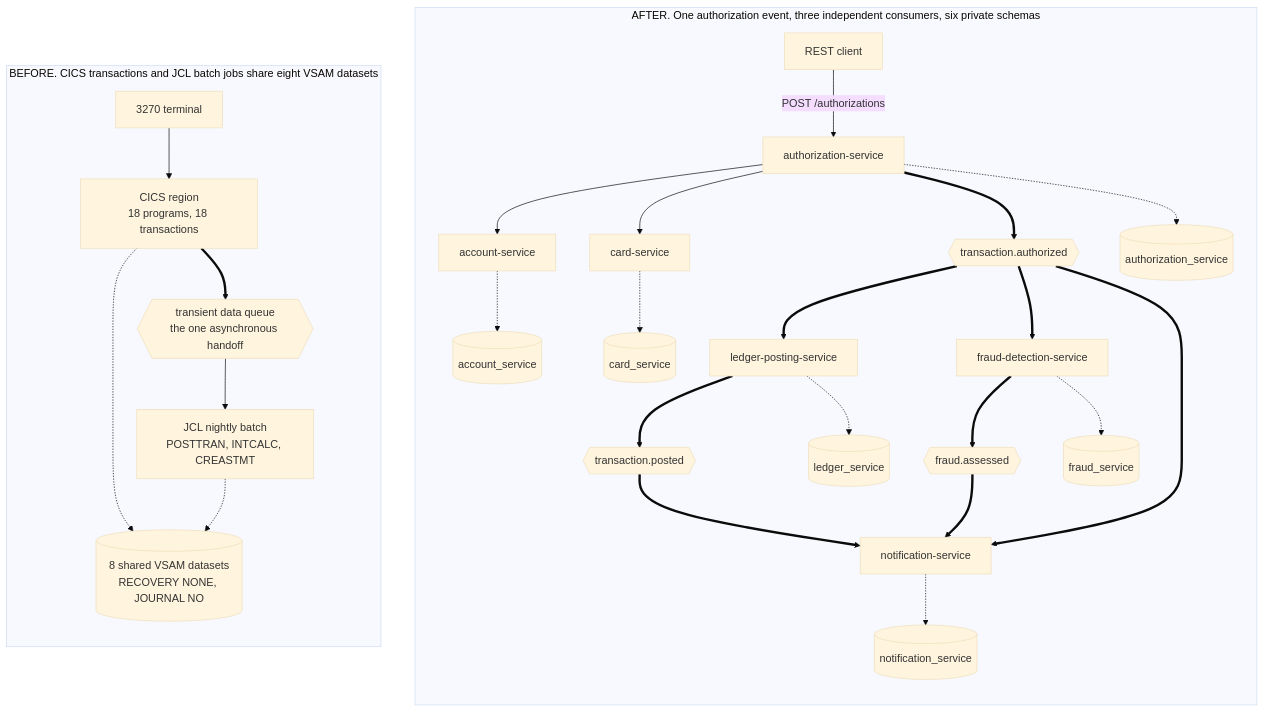
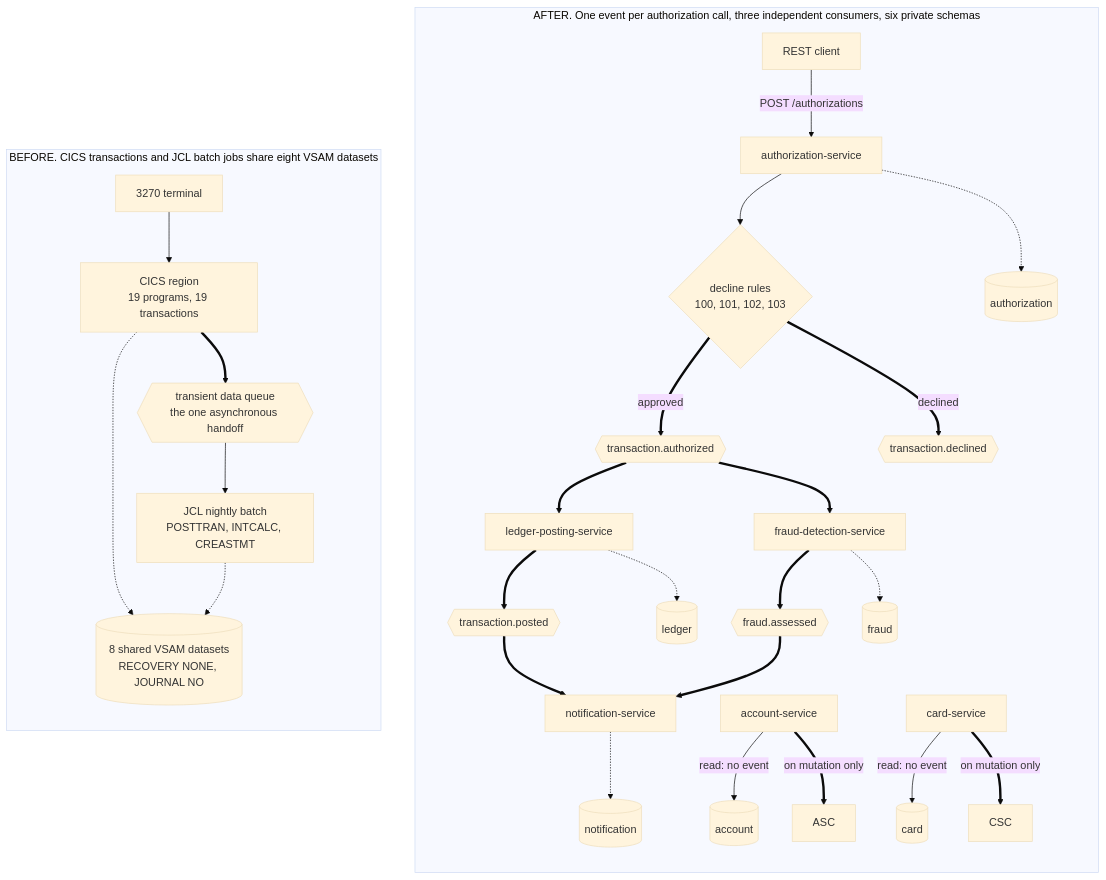
Before and after one commit to blitzy-public-samples/aws-carddemo-blitzy: the first of 2 diagrams in card-platform/README.md, drawn with Mermaid (base theme). The commit also changed other lines of this file and 324 other files, not shown here.

````diff
--- a/card-platform/README.md
+++ b/card-platform/README.md
@@ -107,56 +238,59 @@
 ```mermaid
 graph LR
     subgraph BEFORE["BEFORE. CICS transactions and JCL batch jobs share eight VSAM datasets"]
         direction TB
         TERM["3270 terminal"]
-        CICSR["CICS region<br/>18 programs, 18 transactions"]
+        CICSR["CICS region<br/>19 programs, 19 transactions"]
         TDQ{{"transient data queue<br/>the one asynchronous handoff"}}
         BATCH["JCL nightly batch<br/>POSTTRAN, INTCALC, CREASTMT"]
         VS[("8 shared VSAM datasets<br/>RECOVERY NONE, JOURNAL NO")]
         TERM --> CICSR
         CICSR ==> TDQ
         TDQ --> BATCH
         CICSR -.-> VS
         BATCH -.-> VS
     end
 
-    subgraph AFTER["AFTER. One authorization event, three independent consumers, six private schemas"]
+    subgraph AFTER["AFTER. One event per authorization call, three independent consumers, six private schemas"]
         direction TB
         CLIENT["REST client"]
         AUTH["authorization-service"]
+        DEC{"decline rules<br/>100, 101, 102, 103"}
         ACCTS["account-service"]
         CARDS["card-service"]
         TA{{"transaction.authorized"}}
+        TD{{"transaction.declined"}}
         LEDG["ledger-posting-service"]
         FRAU["fraud-detection-service"]
         NOTI["notification-service"]
         TP{{"transaction.posted"}}
         FA{{"fraud.assessed"}}
-        ADB[("authorization_service")]
-        ACDB[("account_service")]
-        CADB[("card_service")]
-        LDB[("ledger_service")]
-        FDB[("fraud_service")]
-        NDB[("notification_service")]
+        ADB[("authorization")]
+        ACDB[("account")]
+        CADB[("card")]
+        LDB[("ledger")]
+        FDB[("fraud")]
+        NDB[("notification")]
         CLIENT -->|"POST /authorizations"| AUTH
-        AUTH --> ACCTS
-        AUTH --> CARDS
-        AUTH ==> TA
+        AUTH --> DEC
+        DEC ==>|"approved"| TA
+        DEC ==>|"declined"| TD
         TA ==> LEDG
         TA ==> FRAU
-        TA ==> NOTI
         LEDG ==> TP
         FRAU ==> FA
         TP ==> NOTI
         FA ==> NOTI
         AUTH -.-> ADB
-        ACCTS -.-> ACDB
-        CARDS -.-> CADB
+        ACCTS -->|"read: no event"| ACDB
+        CARDS -->|"read: no event"| CADB
+        ACCTS ==>|"on mutation only"| ASC
+        CARDS ==>|"on mutation only"| CSC
         LEDG -.-> LDB
         FRAU -.-> FDB
         NOTI -.-> NDB
     end
 
     %% The link below is invisible. It places the before state left of the after state.
     VS ~~~ CLIENT
 ```
````
